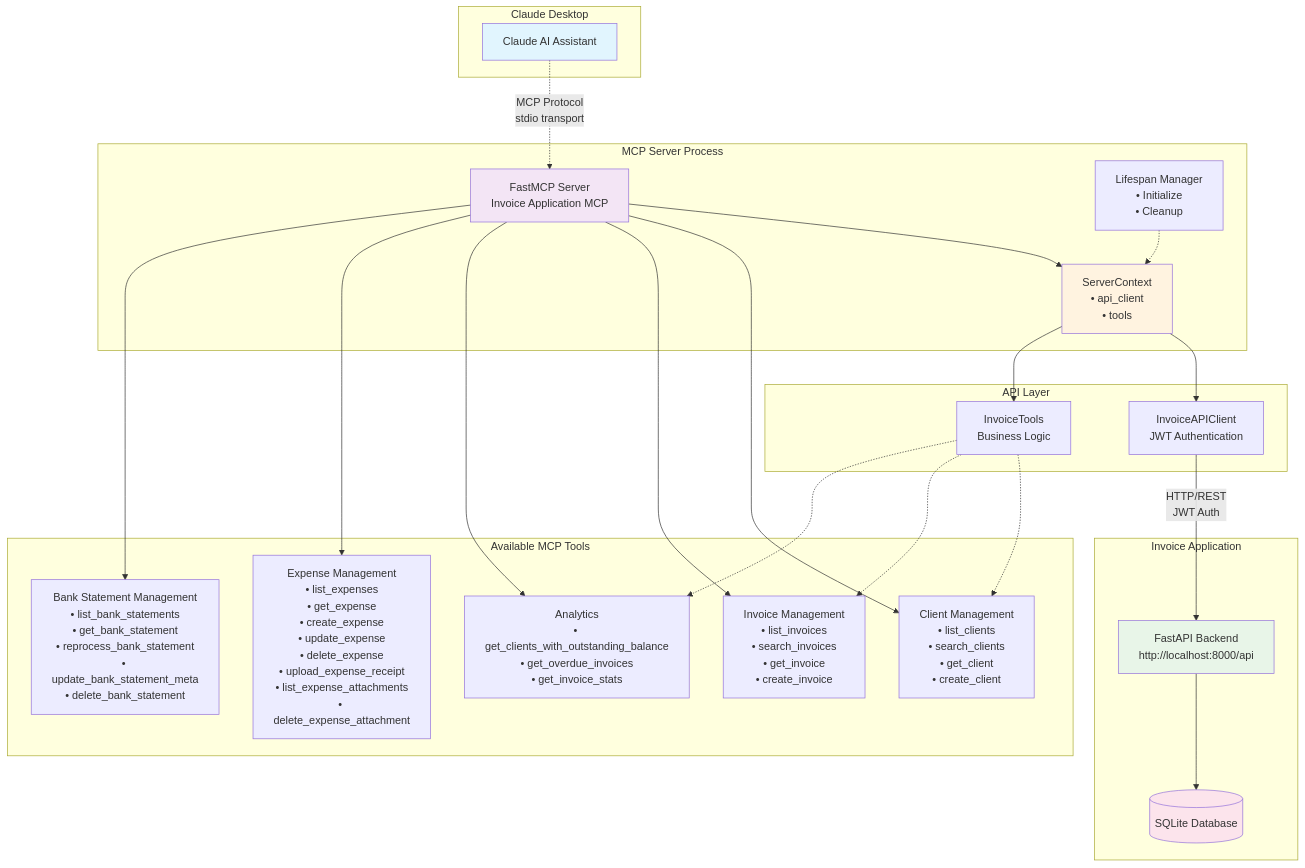
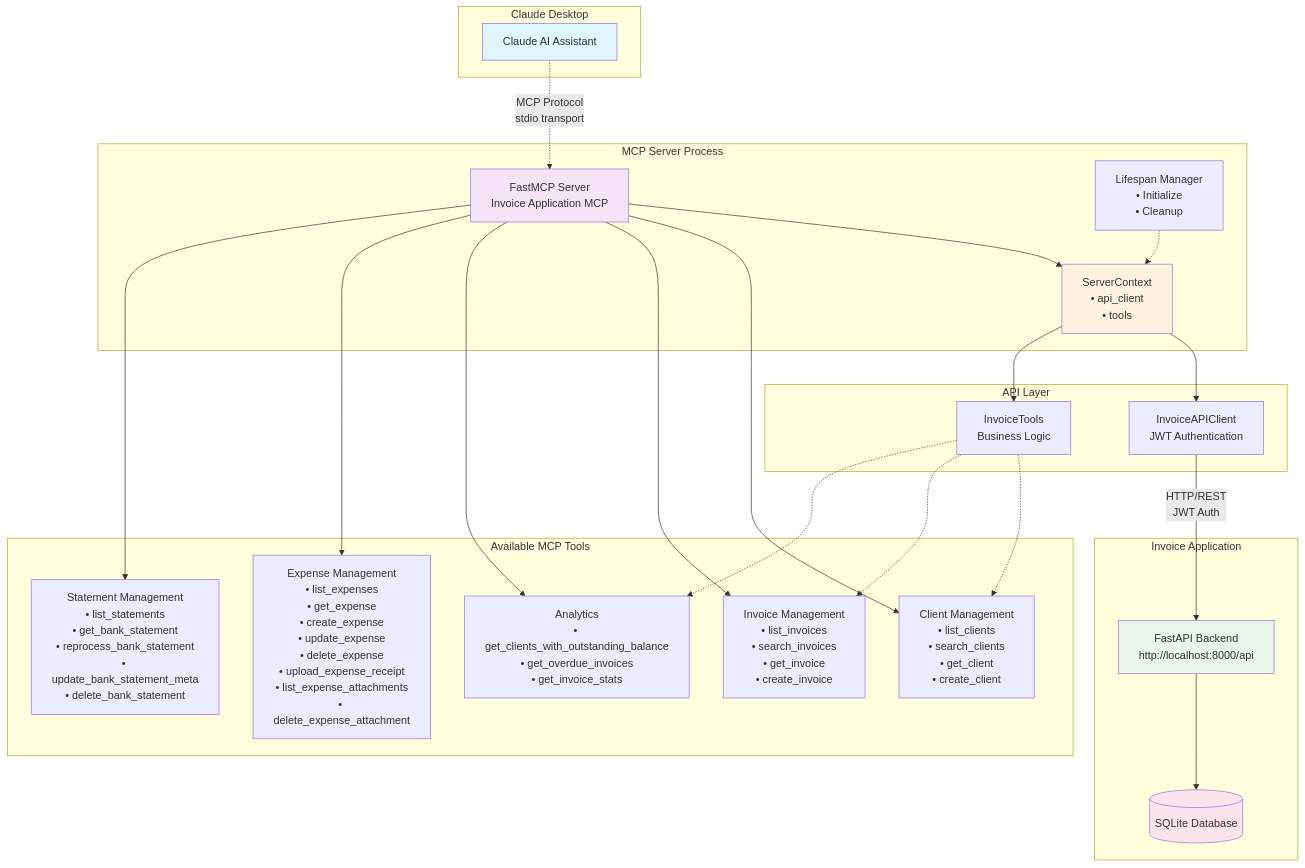
The first of 2 diagrams in api/MCP/README.md (dnokafor/yourfinanceworks), drawn with Mermaid before and after one commit. The commit also changed other lines of this file and 47 other files, not shown here.

First line of the commit message:
Refactor bank statements to statements across codebase

````diff
--- a/api/MCP/README.md
+++ b/api/MCP/README.md
@@ -9,55 +9,55 @@
 ```mermaid
 graph TB
     subgraph "Claude Desktop"
         CD[Claude AI Assistant]
     end
     
     subgraph "MCP Server Process"
         MCP[FastMCP Server<br/>Invoice Application MCP]
         SC[ServerContext<br/>• api_client<br/>• tools]
         LIFESPAN[Lifespan Manager<br/>• Initialize<br/>• Cleanup]
     end
     
     subgraph "API Layer"
         API[InvoiceAPIClient<br/>JWT Authentication]
         TOOLS[InvoiceTools<br/>Business Logic]
     end
     
     subgraph "Invoice Application"
         BACKEND[FastAPI Backend<br/>http://localhost:8000/api]
         DB[(SQLite Database)]
     end
     
     subgraph "Available MCP Tools"
         CLIENT_TOOLS["Client Management<br/>• list_clients<br/>• search_clients<br/>• get_client<br/>• create_client"]
         INVOICE_TOOLS["Invoice Management<br/>• list_invoices<br/>• search_invoices<br/>• get_invoice<br/>• create_invoice"]
         EXPENSE_TOOLS["Expense Management<br/>• list_expenses<br/>• get_expense<br/>• create_expense<br/>• update_expense<br/>• delete_expense<br/>• upload_expense_receipt<br/>• list_expense_attachments<br/>• delete_expense_attachment"]
-        BANK_TOOLS["Bank Statement Management<br/>• list_bank_statements<br/>• get_bank_statement<br/>• reprocess_bank_statement<br/>• update_bank_statement_meta<br/>• delete_bank_statement"]
+        BANK_TOOLS["Statement Management<br/>• list_statements<br/>• get_bank_statement<br/>• reprocess_bank_statement<br/>• update_bank_statement_meta<br/>• delete_bank_statement"]
         ANALYTICS["Analytics<br/>• get_clients_with_outstanding_balance<br/>• get_overdue_invoices<br/>• get_invoice_stats"]
     end
     
     CD -.->|"MCP Protocol<br/>stdio transport"| MCP
     MCP --> SC
     SC --> API
     SC --> TOOLS
     API -->|"HTTP/REST<br/>JWT Auth"| BACKEND
     BACKEND --> DB
     
     LIFESPAN -.-> SC
     
     MCP --> CLIENT_TOOLS
     MCP --> INVOICE_TOOLS
     MCP --> ANALYTICS
     MCP --> EXPENSE_TOOLS
     MCP --> BANK_TOOLS
     
     TOOLS -.-> CLIENT_TOOLS
     TOOLS -.-> INVOICE_TOOLS
     TOOLS -.-> ANALYTICS
     
     style CD fill:#e1f5fe
     style MCP fill:#f3e5f5
     style SC fill:#fff3e0
     style BACKEND fill:#e8f5e8
     style DB fill:#fce4ec
 ```
````
